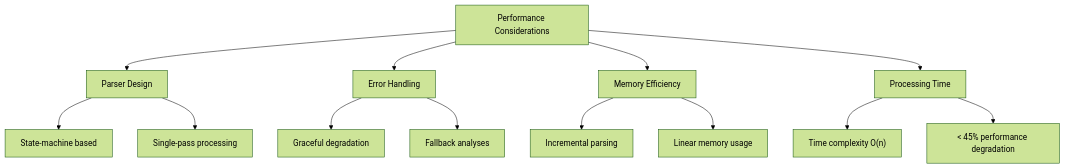
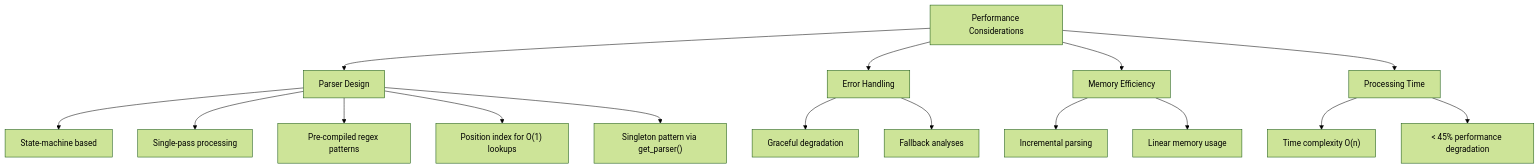
One commit to asukhodko/dify-markdown-chunker changed the seventh of 7 diagrams in .qoder/repowiki/en/content/Core Concepts/Parsing and Content Analysis.md. Above: the diagram before and after it, drawn with Mermaid (forest theme). The commit also changed other lines of this file and 34 other files, not shown here.

First line of the commit message:
docs(parser): improve parsing performance with optimized regex and indexing

````diff
--- a/.qoder/repowiki/en/content/Core Concepts/Parsing and Content Analysis.md
+++ b/.qoder/repowiki/en/content/Core Concepts/Parsing and Content Analysis.md
@@ -248,15 +247,18 @@
 ```mermaid
 flowchart TD
 A["Performance Considerations"] --> B["Parser Design"]
 A --> C["Error Handling"]
 A --> D["Memory Efficiency"]
 A --> E["Processing Time"]
 B --> B1["State-machine based"]
 B --> B2["Single-pass processing"]
+B --> B3["Pre-compiled regex patterns"]
+B --> B4["Position index for O(1) lookups"]
+B --> B5["Singleton pattern via get_parser()"]
 C --> C1["Graceful degradation"]
 C --> C2["Fallback analyses"]
 D --> D1["Incremental parsing"]
 D --> D2["Linear memory usage"]
 E --> E1["Time complexity O(n)"]
 E --> E2["< 45% performance degradation"]
 ```
````
